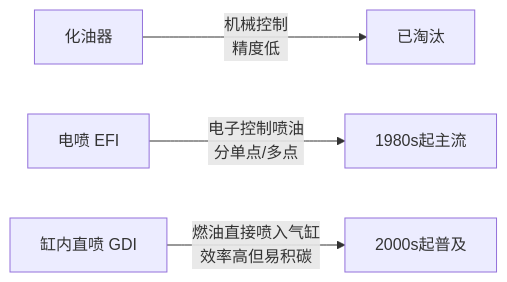
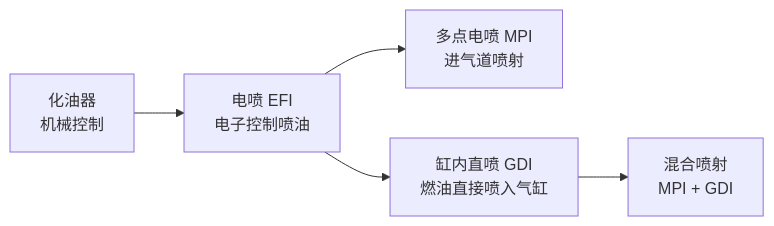
The seventh of 7 diagrams in docs/mechanics/engine.md (CroissantSong/car-knowledge-site), drawn with Mermaid before and after one commit. The commit also changed other lines of this file and 8 other files, not shown here.

````diff
--- a/docs/mechanics/engine.md
+++ b/docs/mechanics/engine.md
@@ -347,6 +347,7 @@
 ```mermaid
 flowchart LR
-    A[化油器] -->|机械控制<br/>精度低| B[已淘汰]
-    C[电喷 EFI] -->|电子控制喷油<br/>分单点/多点| D[1980s起主流]
-    E[缸内直喷 GDI] -->|燃油直接喷入气缸<br/>效率高但易积碳| F[2000s起普及]
+    A[化油器<br/>机械控制] --> B[电喷 EFI<br/>电子控制喷油]
+    B --> C[多点电喷 MPI<br/>进气道喷射]
+    B --> D[缸内直喷 GDI<br/>燃油直接喷入气缸]
+    D --> E[混合喷射<br/>MPI + GDI]
 ```
````
